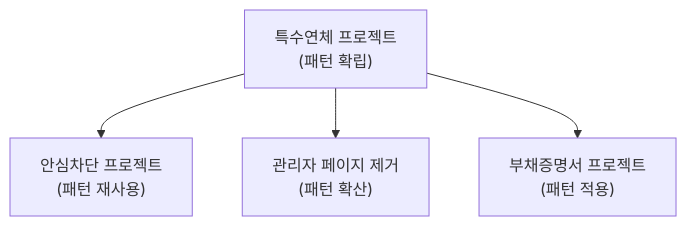
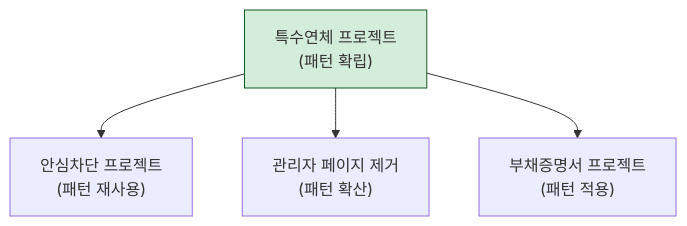
One commit to Gyubster/til changed the fifth of 5 diagrams in _posts/2026-05-07-고객-문제에서-시스템-설계까지-운영팀-요청이-제품이-되는-과정.md. Above: the diagram before and after it, drawn with Mermaid. The commit also changed 11 other files, not shown here.

````diff
--- a/_posts/2026-05-07-고객-문제에서-시스템-설계까지-운영팀-요청이-제품이-되는-과정.md
+++ b/_posts/2026-05-07-고객-문제에서-시스템-설계까지-운영팀-요청이-제품이-되는-과정.md
@@ -127,6 +127,7 @@
 ```mermaid
 flowchart TD
     A["특수연체 프로젝트<br>(패턴 확립)"] --> B["안심차단 프로젝트<br>(패턴 재사용)"]
     A --> C["관리자 페이지 제거<br>(패턴 확산)"]
     A --> D["부채증명서 프로젝트<br>(패턴 적용)"]
+    style A fill:#d4edda,stroke:#155724
 ```
````
